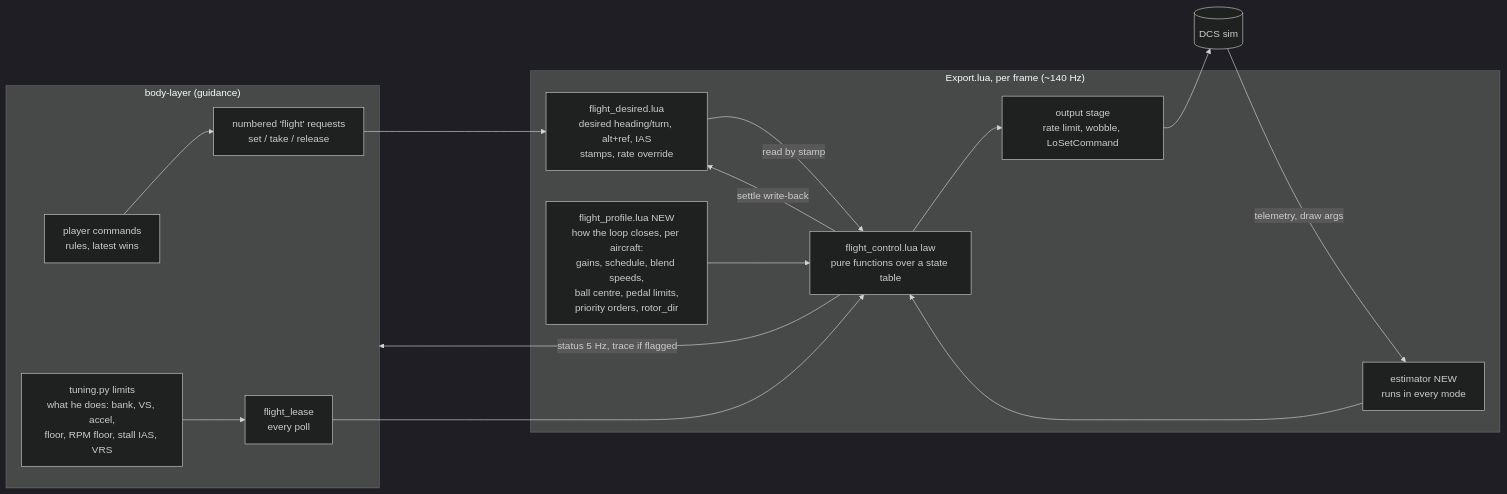
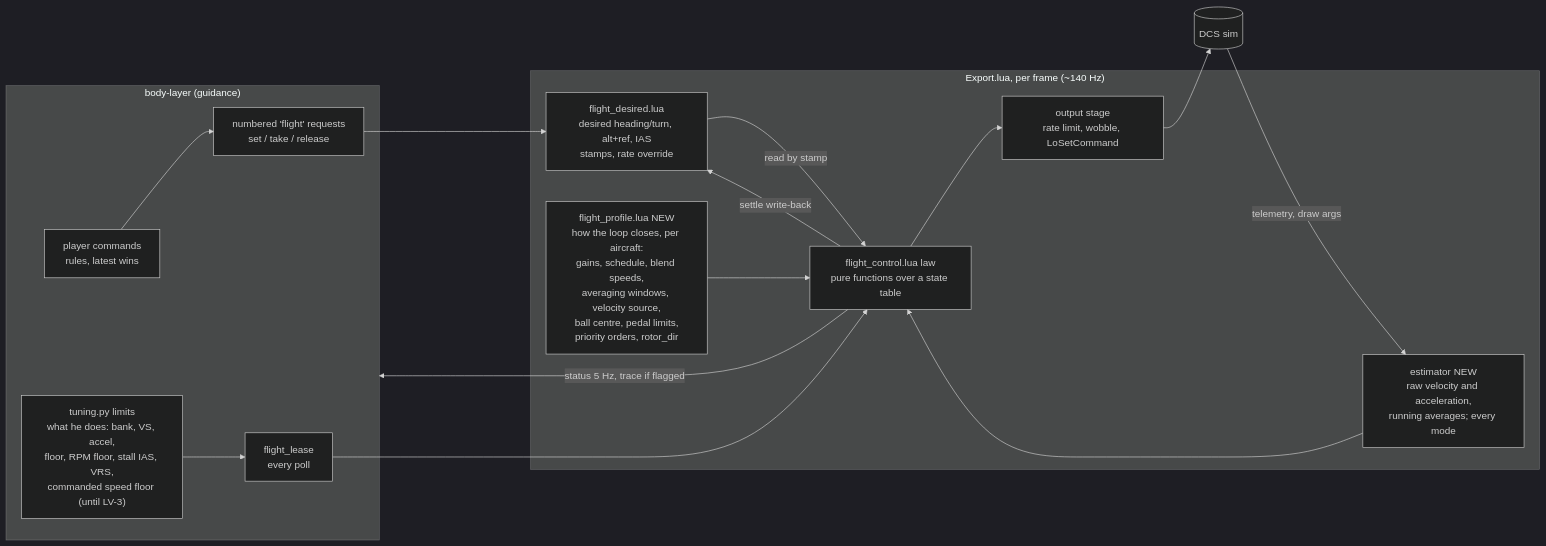
Before and after one commit to lightlyfallingrain/DCS-petrobrain: the first of 6 diagrams in plans/flight-lift-vector/plan.md, drawn with Mermaid (dark theme). The commit also changed other lines of this file and 1 other file, not shown here.

````diff
--- a/plans/flight-lift-vector/plan.md
+++ b/plans/flight-lift-vector/plan.md
@@ -113,22 +148,22 @@
 ```mermaid
 flowchart LR
   subgraph BL["body-layer (guidance)"]
     CMD["player commands<br/>rules, latest wins"] --> REQ["numbered 'flight' requests<br/>set / take / release"]
-    TUN["tuning.py limits<br/>what he does: bank, VS, accel,<br/>floor, RPM floor, stall IAS, VRS"] --> LEASE["flight_lease<br/>every poll"]
+    TUN["tuning.py limits<br/>what he does: bank, VS, accel,<br/>floor, RPM floor, stall IAS, VRS,<br/>commanded speed floor (until LV-3)"] --> LEASE["flight_lease<br/>every poll"]
   end
   subgraph LUA["Export.lua, per frame (~140 Hz)"]
     FD["flight_desired.lua<br/>desired heading/turn, alt+ref, IAS<br/>stamps, rate override"]
-    PROF["flight_profile.lua NEW<br/>how the loop closes, per aircraft:<br/>gains, schedule, blend speeds,<br/>ball centre, pedal limits,<br/>priority orders, rotor_dir"]
-    EST["estimator NEW<br/>runs in every mode"]
+    PROF["flight_profile.lua NEW<br/>how the loop closes, per aircraft:<br/>gains, schedule, blend speeds,<br/>averaging windows, velocity source,<br/>ball centre, pedal limits,<br/>priority orders, rotor_dir"]
+    EST["estimator NEW<br/>raw velocity and acceleration,<br/>running averages; every mode"]
     LAW["flight_control.lua law<br/>pure functions over a state table"]
     OUT["output stage<br/>rate limit, wobble, LoSetCommand"]
   end
   DCS[("DCS sim")]
   REQ --> FD
   LEASE --> LAW
   FD -- "read by stamp" --> LAW
   PROF --> LAW
   DCS -- "telemetry, draw args" --> EST --> LAW --> OUT --> DCS
   LAW -- "settle write-back" --> FD
   LAW -- "status 5 Hz, trace if flagged" --> BL
 ```
````
